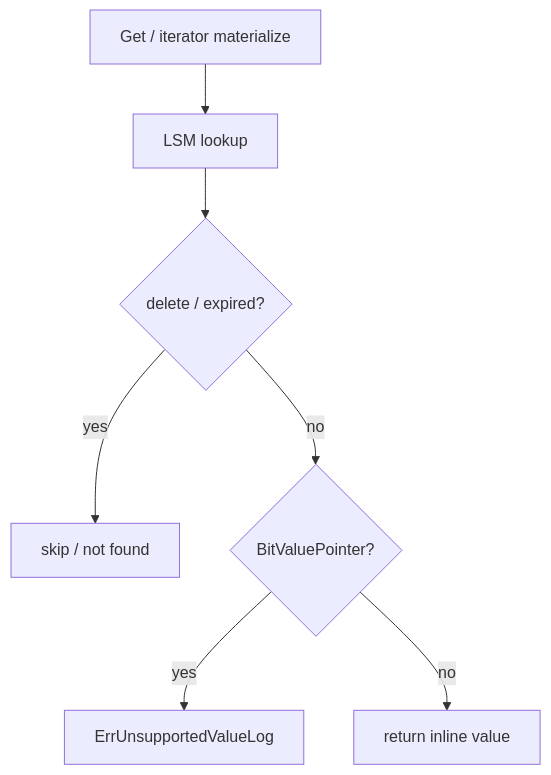
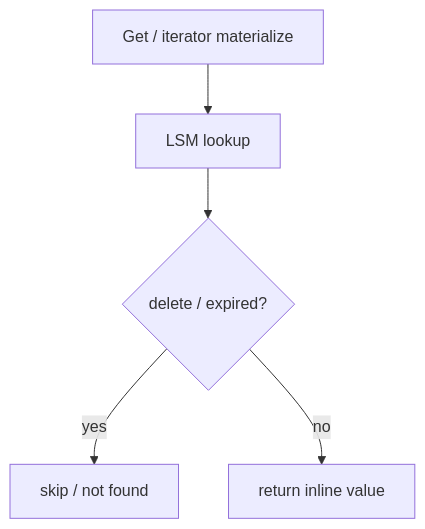
The second of 2 diagrams in docs/entry.md (feichai0017/NoKV), drawn with Mermaid before and after one commit. The commit also changed other lines of this file and 300 other files, not shown here.

First line of the commit message:
Refactor architecture boundaries and error taxonomy (#210)

````diff
--- a/docs/entry.md
+++ b/docs/entry.md
@@ -57,9 +56,7 @@
 ```mermaid
 flowchart TD
   A["Get / iterator materialize"] --> B["LSM lookup"]
   B --> C{"delete / expired?"}
   C -- yes --> D["skip / not found"]
-  C -- no --> E{"BitValuePointer?"}
-  E -- yes --> F["ErrUnsupportedValueLog"]
-  E -- no --> G["return inline value"]
+  C -- no --> E["return inline value"]
 ```
````
